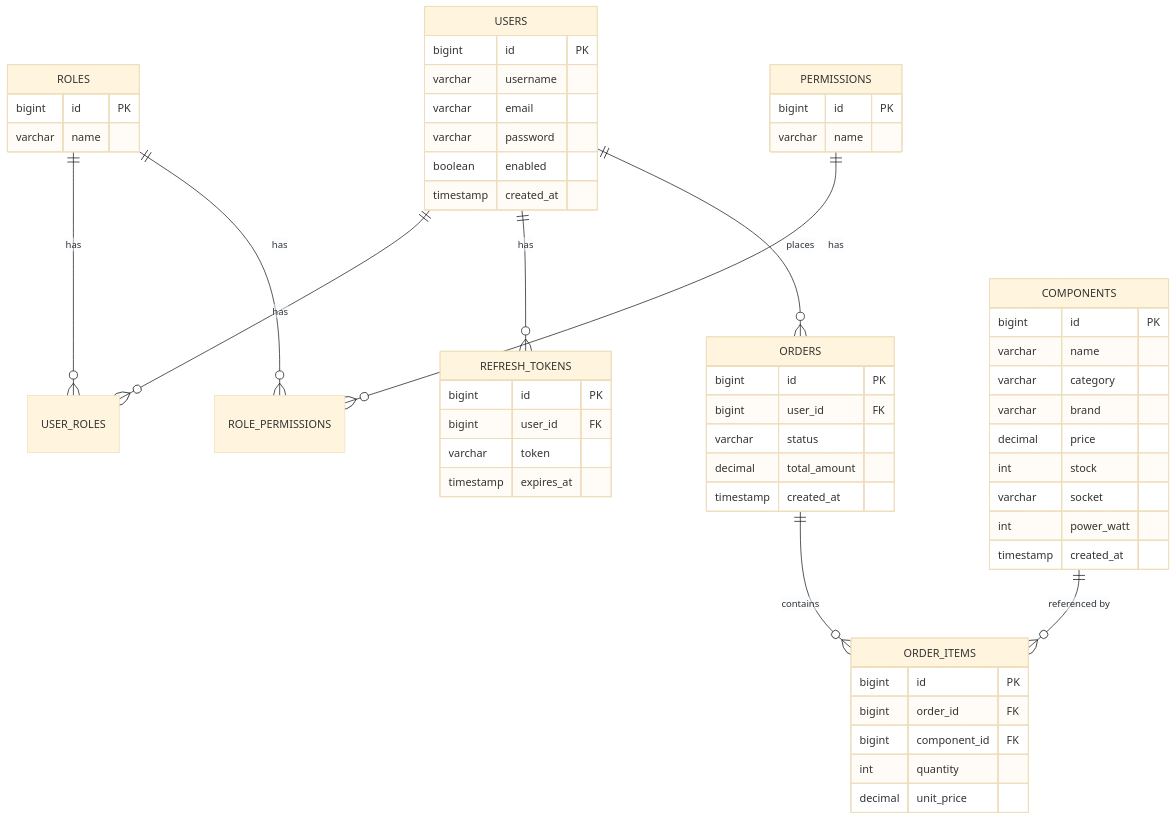
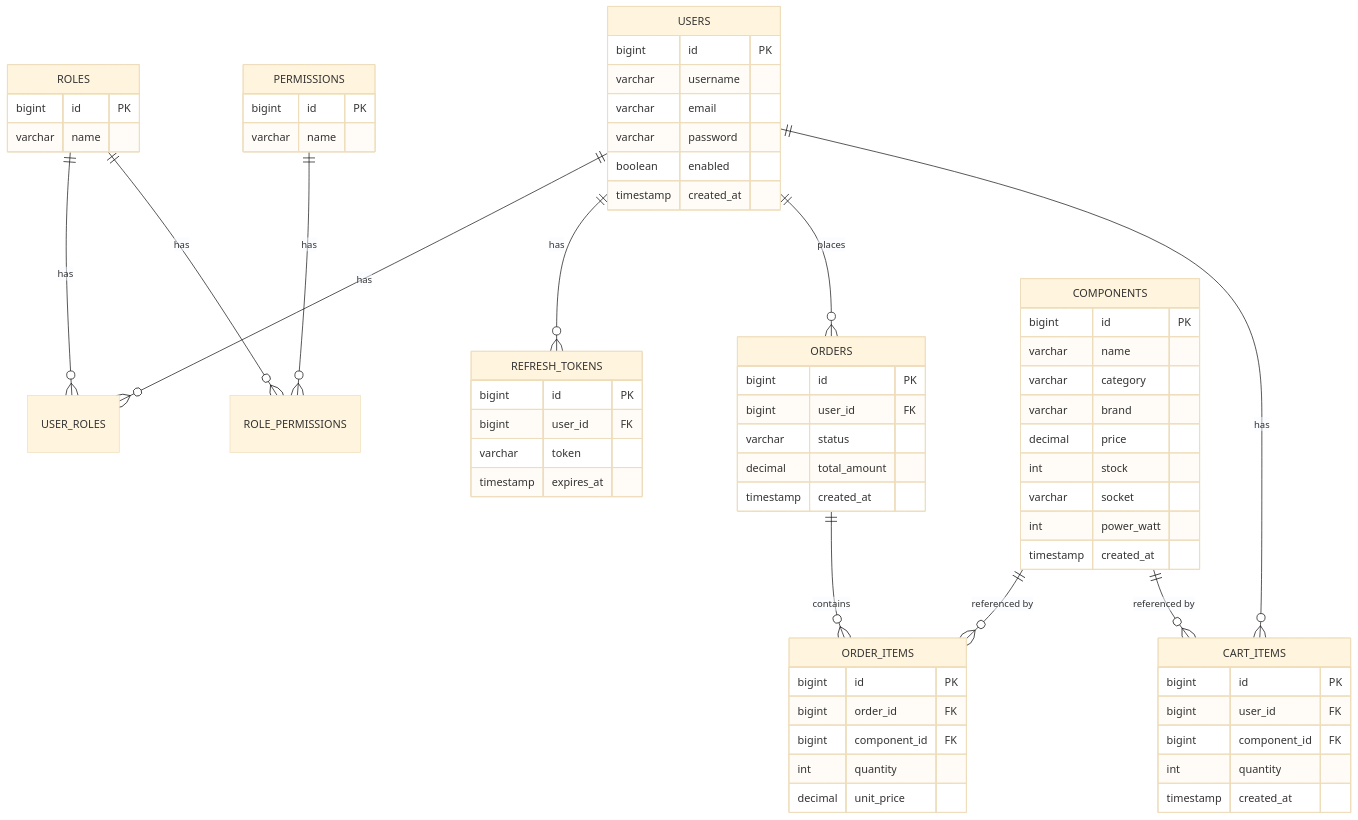
The diagram in README.md (a0981667889/hardware-shop-project), drawn with Mermaid (base theme) before and after one commit. The commit also changed other lines of this file, not shown here.

````diff
--- a/README.md
+++ b/README.md
@@ -105,65 +113,75 @@
 ```mermaid
 erDiagram
     USERS ||--o{ USER_ROLES : has
     ROLES ||--o{ USER_ROLES : has
     ROLES ||--o{ ROLE_PERMISSIONS : has
     PERMISSIONS ||--o{ ROLE_PERMISSIONS : has
     USERS ||--o{ REFRESH_TOKENS : has
     USERS ||--o{ ORDERS : places
+    USERS ||--o{ CART_ITEMS : has
     ORDERS ||--o{ ORDER_ITEMS : contains
     COMPONENTS ||--o{ ORDER_ITEMS : "referenced by"
+    COMPONENTS ||--o{ CART_ITEMS : "referenced by"
 
     USERS {
         bigint id PK
         varchar username
         varchar email
         varchar password
         boolean enabled
         timestamp created_at
     }
 
     ROLES {
         bigint id PK
         varchar name
     }
 
     PERMISSIONS {
         bigint id PK
         varchar name
     }
 
     REFRESH_TOKENS {
         bigint id PK
         bigint user_id FK
         varchar token
         timestamp expires_at
     }
 
     COMPONENTS {
         bigint id PK
         varchar name
         varchar category
         varchar brand
         decimal price
         int stock
         varchar socket
         int power_watt
         timestamp created_at
     }
 
     ORDERS {
         bigint id PK
         bigint user_id FK
         varchar status
         decimal total_amount
         timestamp created_at
     }
 
     ORDER_ITEMS {
         bigint id PK
         bigint order_id FK
         bigint component_id FK
         int quantity
         decimal unit_price
     }
+
+    CART_ITEMS {
+        bigint id PK
+        bigint user_id FK
+        bigint component_id FK
+        int quantity
+        timestamp created_at
+    }
 ```
````
